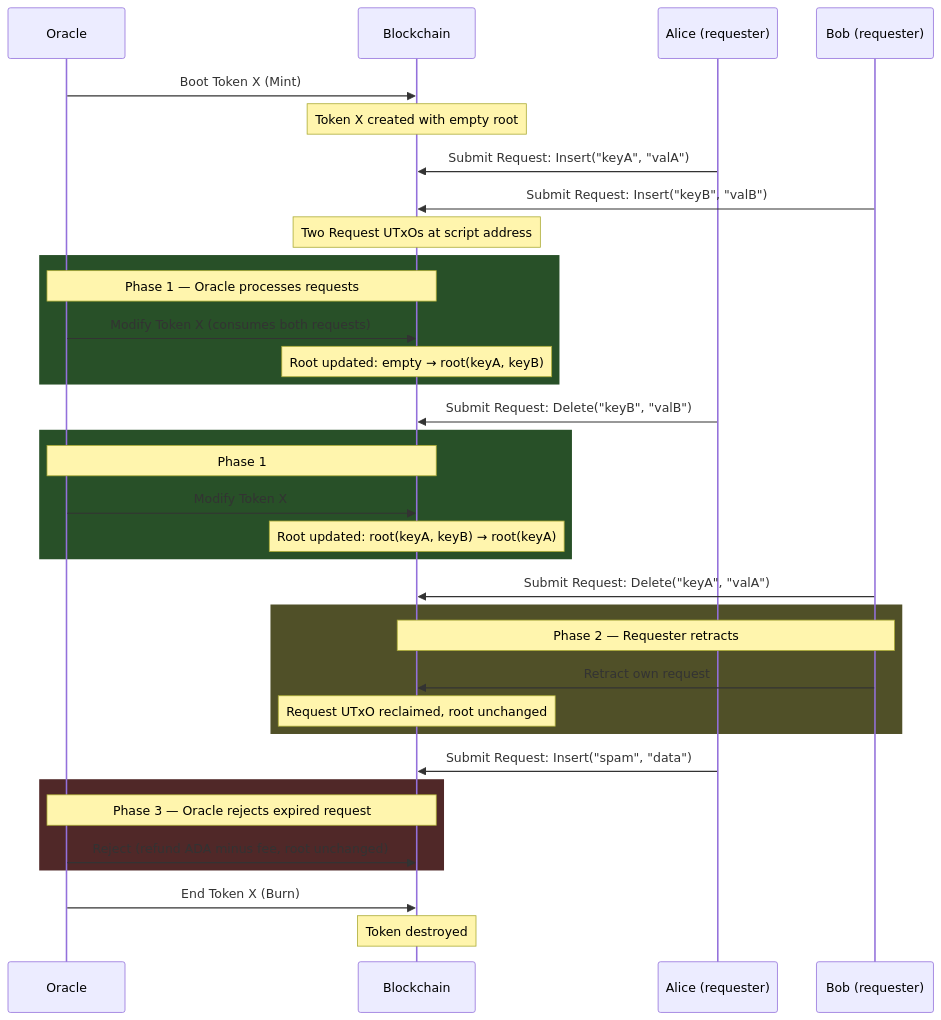
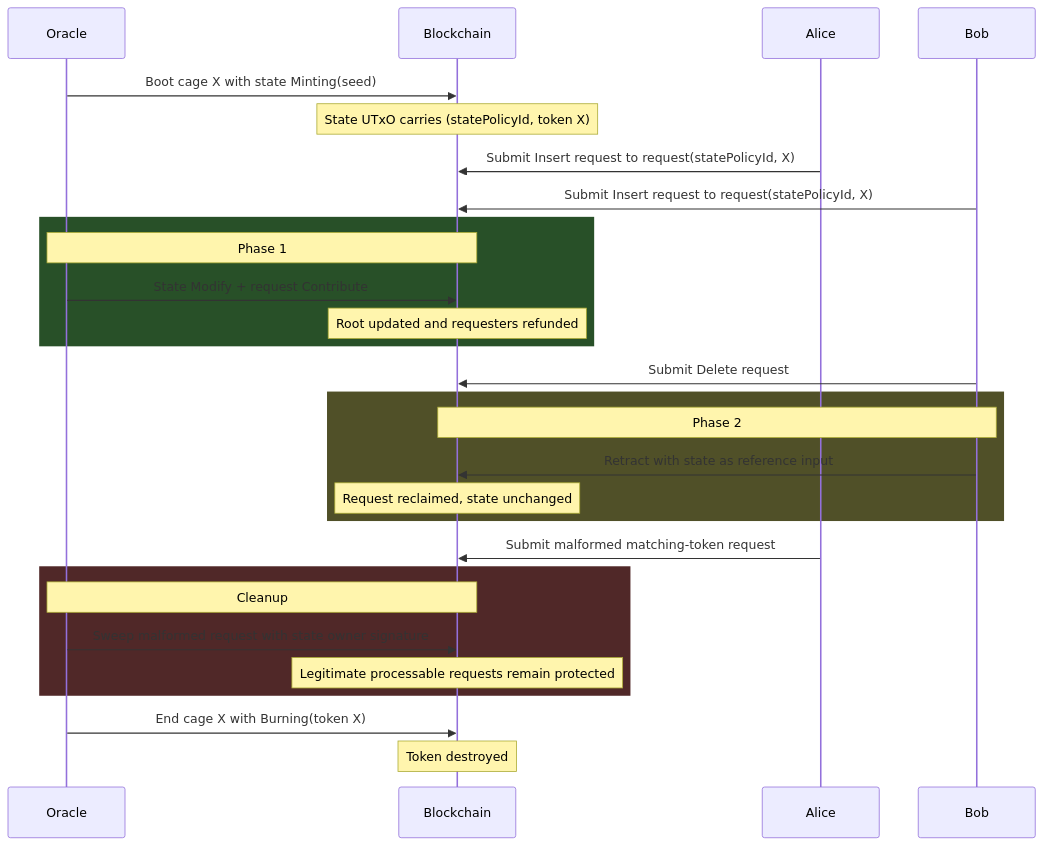
The fourth of 4 diagrams in docs/architecture/overview.md (cardano-foundation/cardano-mpfs-onchain), drawn with Mermaid before and after one commit. The commit also changed other lines of this file and 41 other files, not shown here.

Commit message:
feat: split cage state and request validators

````diff
--- a/docs/architecture/overview.md
+++ b/docs/architecture/overview.md
@@ -107,43 +110,36 @@
 ```mermaid
 sequenceDiagram
     participant O as Oracle
     participant B as Blockchain
-    participant A as Alice (requester)
-    participant C as Bob (requester)
+    participant A as Alice
+    participant C as Bob
 
-    O->>B: Boot Token X (Mint)
-    Note over B: Token X created with empty root
+    O->>B: Boot cage X with state Minting(seed)
+    Note over B: State UTxO carries (statePolicyId, token X)
 
-    A->>B: Submit Request: Insert("keyA", "valA")
-    C->>B: Submit Request: Insert("keyB", "valB")
-    Note over B: Two Request UTxOs at script address
+    A->>B: Submit Insert request to request(statePolicyId, X)
+    C->>B: Submit Insert request to request(statePolicyId, X)
 
     rect rgb(40, 80, 40)
-        Note over O,B: Phase 1 — Oracle processes requests
-        O->>B: Modify Token X (consumes both requests)
-        Note over B: Root updated: empty → root(keyA, keyB)
+        Note over O,B: Phase 1
+        O->>B: State Modify + request Contribute
+        Note over B: Root updated and requesters refunded
     end
 
-    A->>B: Submit Request: Delete("keyB", "valB")
-    rect rgb(40, 80, 40)
-        Note over O,B: Phase 1
-        O->>B: Modify Token X
-        Note over B: Root updated: root(keyA, keyB) → root(keyA)
+    C->>B: Submit Delete request
+    rect rgb(80, 80, 40)
+        Note over C,B: Phase 2
+        C->>B: Retract with state as reference input
+        Note over B: Request reclaimed, state unchanged
     end
 
-    C->>B: Submit Request: Delete("keyA", "valA")
-    rect rgb(80, 80, 40)
-        Note over C,B: Phase 2 — Requester retracts
-        C->>B: Retract own request
-        Note over B: Request UTxO reclaimed, root unchanged
+    A->>B: Submit malformed matching-token request
+    rect rgb(80, 40, 40)
+        Note over O,B: Cleanup
+        O->>B: Sweep malformed request with state owner signature
+        Note over B: Legitimate processable requests remain protected
     end
 
-    A->>B: Submit Request: Insert("spam", "data")
-    rect rgb(80, 40, 40)
-        Note over O,B: Phase 3 — Oracle rejects expired request
-        O->>B: Reject (refund ADA minus fee, root unchanged)
-    end
-
-    O->>B: End Token X (Burn)
+    O->>B: End cage X with Burning(token X)
     Note over B: Token destroyed
 ```
````
